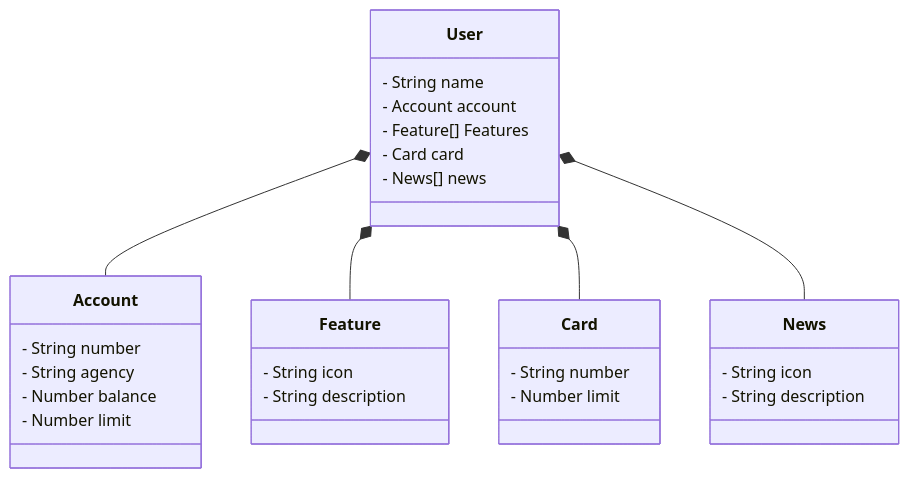
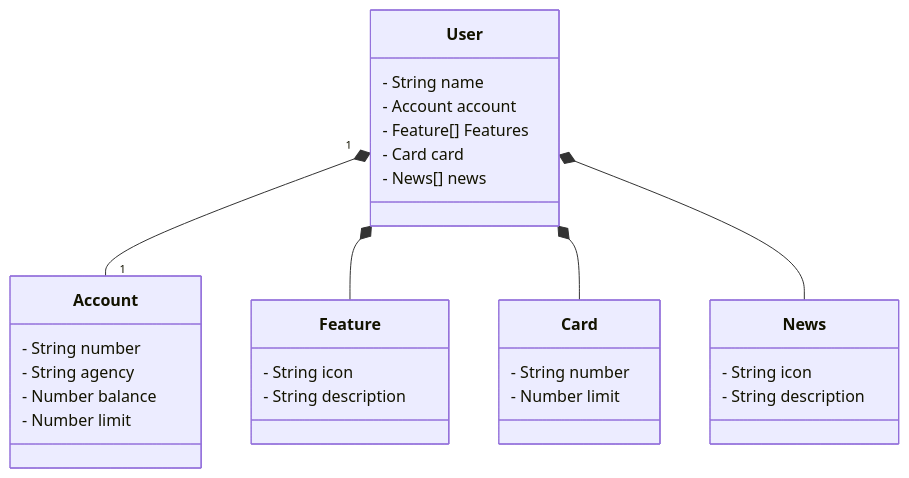
The diagram in santander-dev-week-2023/README.md (raqlsmelo/dio-trilha-java-basico), drawn with Mermaid before and after one commit.

````diff
--- a/santander-dev-week-2023/README.md
+++ b/santander-dev-week-2023/README.md
@@ -8,37 +8,37 @@
 ```mermaid
 classDiagram
   class User {
     - String name
     - Account account
     - Feature[] Features
     - Card card
     - News[] news 
   }
 
   class Account {
     - String number
     - String agency
     - Number balance
     - Number limit
   }
 
   class Feature {
     - String icon 
     - String description
   }
 
   class Card {
     - String number
     - Number limit
   }
 
   class News {
     - String icon
     - String description
   }
 
-  User *-- Account
+  User "1"*--"1" Account
   User *-- Feature
   User *-- Card
   User *-- News
 ```
````
